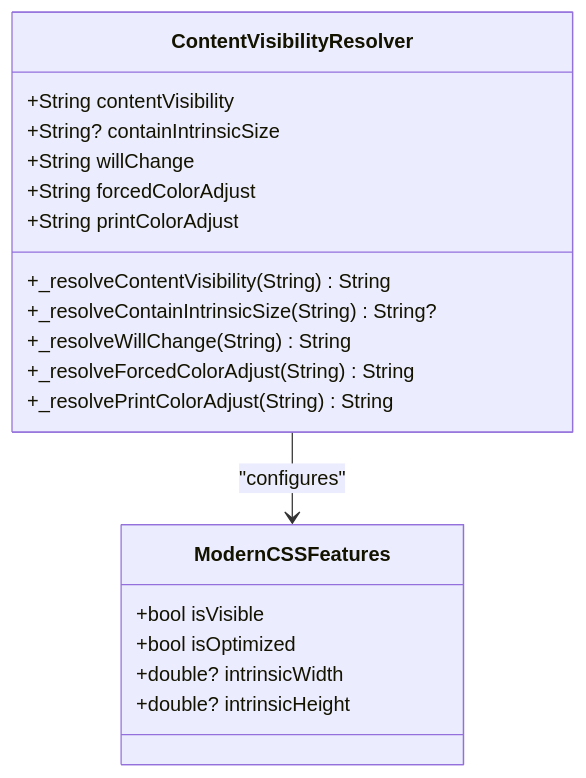
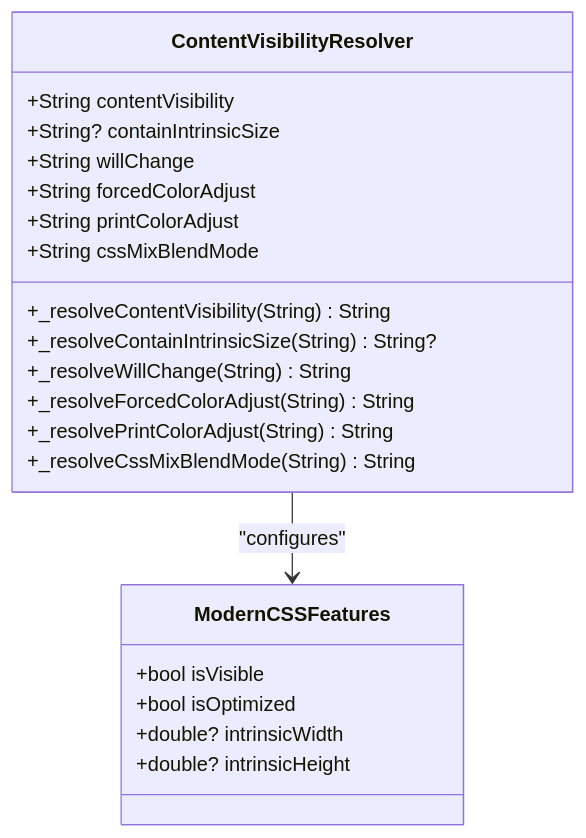
One commit to denisnadey/flutter_full_svg_support changed diagram 13 of 13 in .qoder/repowiki/en/content/Animated SVG Support/Advanced Animation Features/Enhanced Text Styling System/Enhanced Text Styling System.md. Above: the diagram before and after it, drawn with Mermaid. The commit also changed other lines of this file and 10 other files, not shown here.

````diff
--- a/.qoder/repowiki/en/content/Animated SVG Support/Advanced Animation Features/Enhanced Text Styling System/Enhanced Text Styling System.md
+++ b/.qoder/repowiki/en/content/Animated SVG Support/Advanced Animation Features/Enhanced Text Styling System/Enhanced Text Styling System.md
@@ -769,22 +956,24 @@
 ```mermaid
 classDiagram
 class ContentVisibilityResolver {
 +String contentVisibility
 +String? containIntrinsicSize
 +String willChange
 +String forcedColorAdjust
 +String printColorAdjust
++String cssMixBlendMode
 +_resolveContentVisibility(String) String
 +_resolveContainIntrinsicSize(String) String?
 +_resolveWillChange(String) String
 +_resolveForcedColorAdjust(String) String
 +_resolvePrintColorAdjust(String) String
++_resolveCssMixBlendMode(String) String
 }
 class ModernCSSFeatures {
 +bool isVisible
 +bool isOptimized
 +double? intrinsicWidth
 +double? intrinsicHeight
 }
 ContentVisibilityResolver --> ModernCSSFeatures : "configures"
 ```
````
